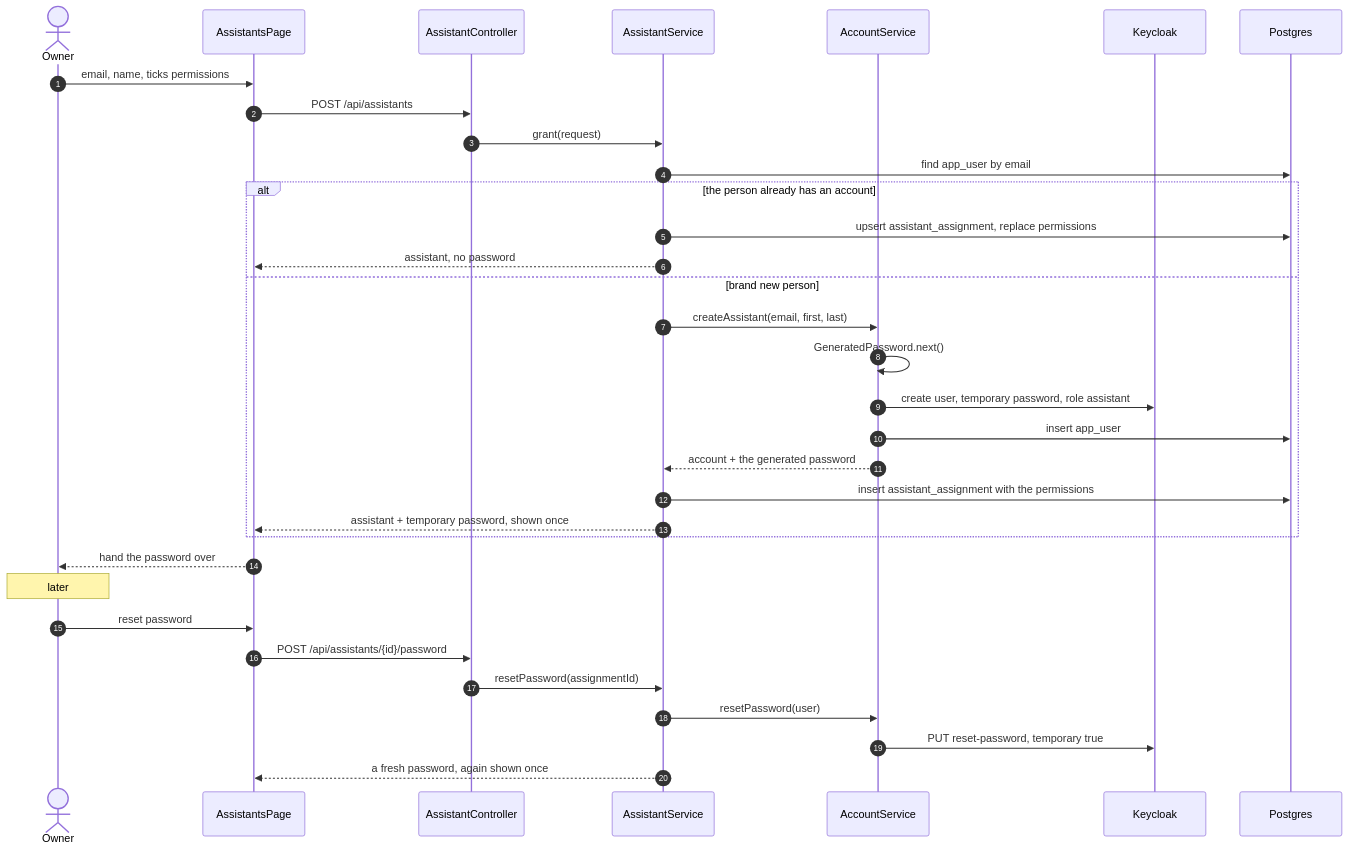
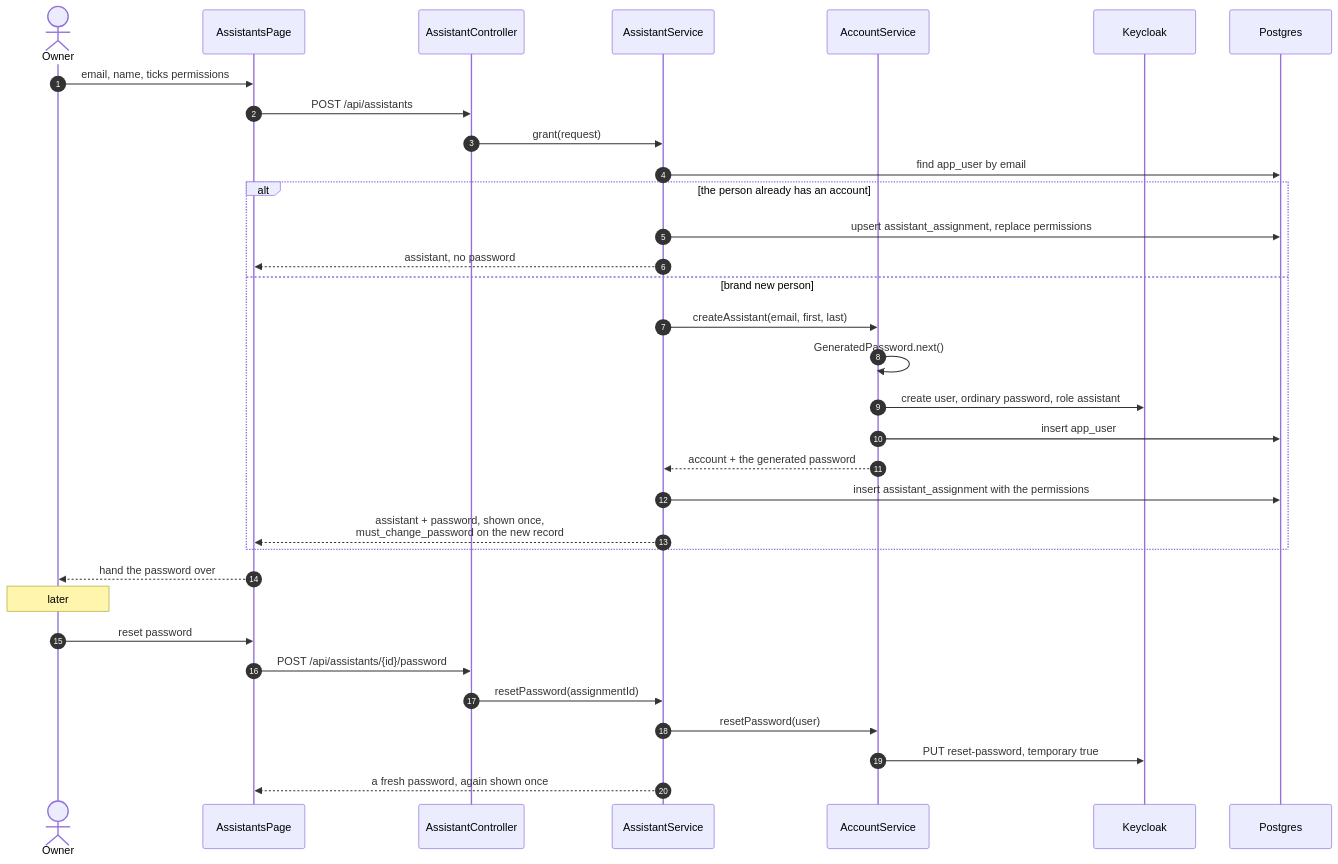
Before and after one commit to stephane-nganou/building-management-systems: diagram 12 of 19 in docs/ARCHITECTURE_DIAGRAMS.md, drawn with Mermaid. The commit also changed other lines of this file and 58 other files, not shown here.

````diff
--- a/docs/ARCHITECTURE_DIAGRAMS.md
+++ b/docs/ARCHITECTURE_DIAGRAMS.md
@@ -822,37 +923,37 @@
 ```mermaid
 sequenceDiagram
     autonumber
     actor O as Owner
     participant B as AssistantsPage
     participant C as AssistantController
     participant S as AssistantService
     participant AS as AccountService
     participant K as Keycloak
     participant DB as Postgres
 
     O->>B: email, name, ticks permissions
     B->>C: POST /api/assistants
     C->>S: grant(request)
     S->>DB: find app_user by email
     alt the person already has an account
         S->>DB: upsert assistant_assignment, replace permissions
         S-->>B: assistant, no password
     else brand new person
         S->>AS: createAssistant(email, first, last)
         AS->>AS: GeneratedPassword.next()
-        AS->>K: create user, temporary password, role assistant
+        AS->>K: create user, ordinary password, role assistant
         AS->>DB: insert app_user
         AS-->>S: account + the generated password
         S->>DB: insert assistant_assignment with the permissions
-        S-->>B: assistant + temporary password, shown once
+        S-->>B: assistant + password, shown once,<br/>must_change_password on the new record
     end
     B-->>O: hand the password over
 
     Note over O: later
     O->>B: reset password
     B->>C: POST /api/assistants/{id}/password
     C->>S: resetPassword(assignmentId)
     S->>AS: resetPassword(user)
     AS->>K: PUT reset-password, temporary true
     S-->>B: a fresh password, again shown once
 ```
````
